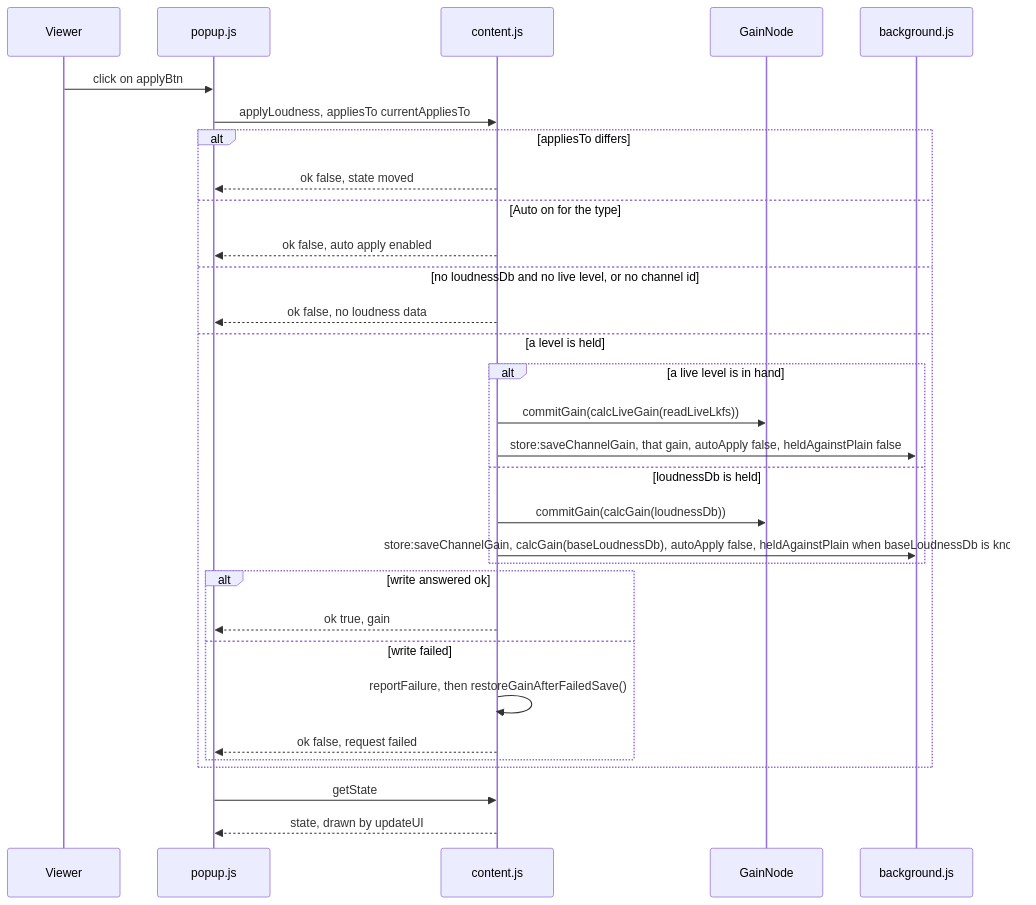
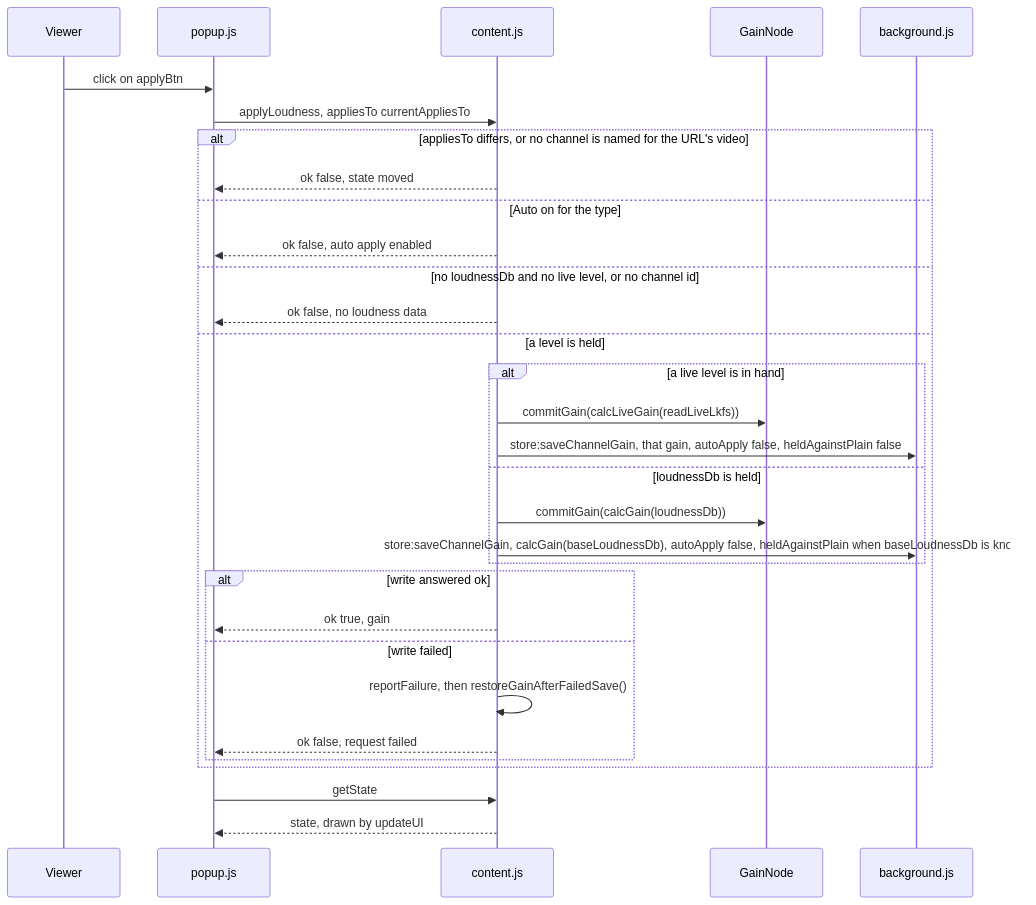
The fifth of 14 diagrams in docs/gain-change-and-save.md (semnil/yt-channel-volume), drawn with Mermaid before and after one commit. The commit also changed other lines of this file and 5 other files, not shown here.

````diff
--- a/docs/gain-change-and-save.md
+++ b/docs/gain-change-and-save.md
@@ -251,33 +251,33 @@
 ```mermaid
 sequenceDiagram
   participant V as Viewer
   participant P as popup.js
   participant C as content.js
   participant G as GainNode
   participant W as background.js
   V->>P: click on applyBtn
   P->>C: applyLoudness, appliesTo currentAppliesTo
-  alt appliesTo differs
+  alt appliesTo differs, or no channel is named for the URL's video
     C-->>P: ok false, state moved
   else Auto on for the type
     C-->>P: ok false, auto apply enabled
   else no loudnessDb and no live level, or no channel id
     C-->>P: ok false, no loudness data
   else a level is held
     alt a live level is in hand
       C->>G: commitGain(calcLiveGain(readLiveLkfs))
       C->>W: store:saveChannelGain, that gain, autoApply false, heldAgainstPlain false
     else loudnessDb is held
       C->>G: commitGain(calcGain(loudnessDb))
       C->>W: store:saveChannelGain, calcGain(baseLoudnessDb), autoApply false, heldAgainstPlain when baseLoudnessDb is known
     end
     alt write answered ok
       C-->>P: ok true, gain
     else write failed
       C->>C: reportFailure, then restoreGainAfterFailedSave()
       C-->>P: ok false, request failed
     end
   end
   P->>C: getState
   C-->>P: state, drawn by updateUI
 ```
````
